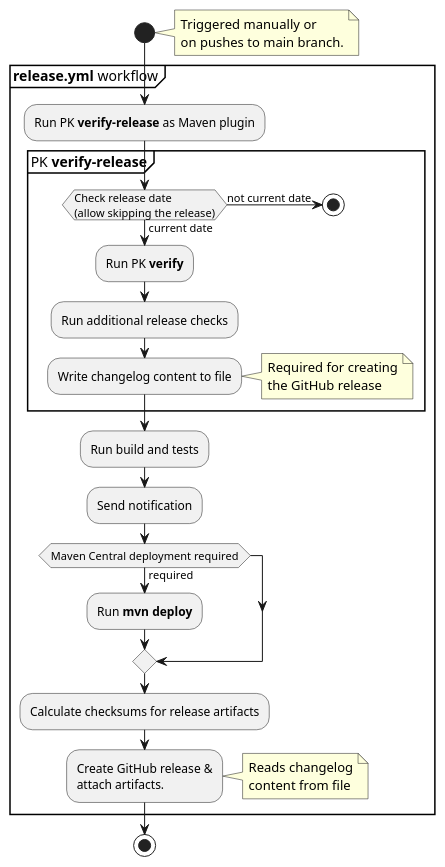
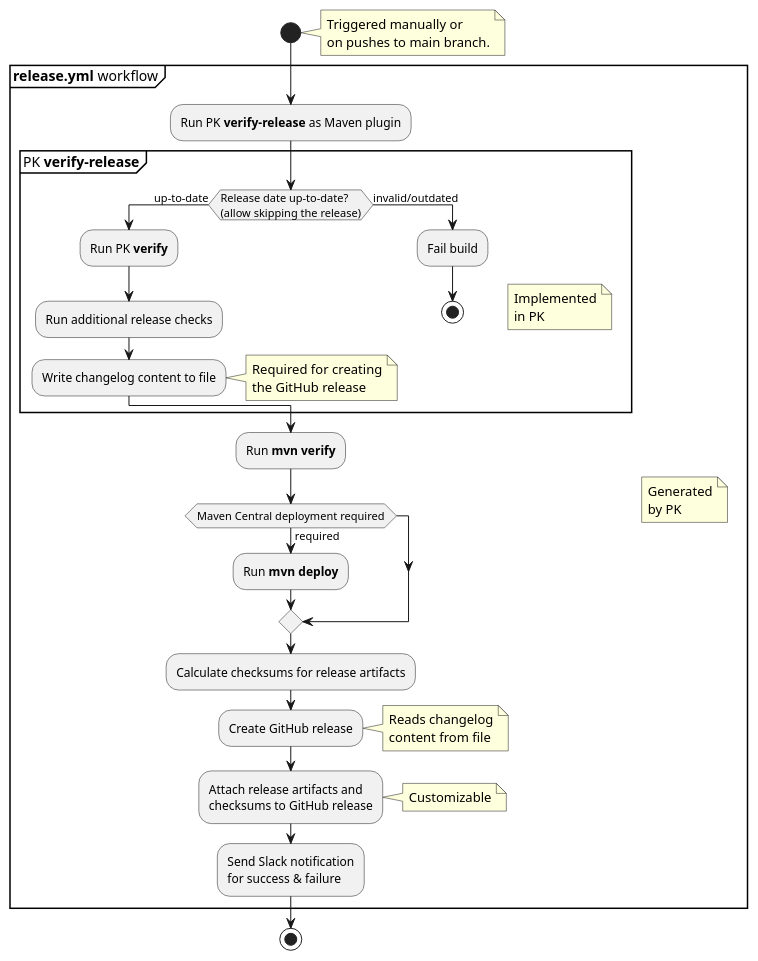
One commit to exasol/project-keeper changed the diagram in doc/images/release_process.plantuml. Above: the diagram before and after it, drawn with PlantUML. The commit also changed 3 other files, not shown here.

Commit message:
Update diagrams

```diff
--- a/doc/images/release_process.plantuml
+++ b/doc/images/release_process.plantuml
@@ -1,37 +1,51 @@
 @startuml release_process
 
 start
 note right
   Triggered manually or
   on pushes to main branch.
 end note
 group **release.yml** workflow
+  note right
+    Generated
+    by PK
+  end note
   :Run PK **verify-release** as Maven plugin;
   group PK **verify-release**
-    if(Check release date\n(allow skipping the release)) then (current date)
+    note right
+      Implemented
+      in PK
+    end note
+    if(Release date up-to-date?\n(allow skipping the release)) then (up-to-date)
       :Run PK **verify**;
       :Run additional release checks;
       :Write changelog content to file;
       note right
         Required for creating
         the GitHub release
       end note
-    else (not current date)
+    else (invalid/outdated)
+      :Fail build;
       stop
     endif
   end group
-  :Run build and tests;
-  :Send notification;
+  :Run **mvn verify**;
   if(Maven Central deployment required) then (required)
     :Run **mvn deploy**;
   endif
   :Calculate checksums for release artifacts;
-  :Create GitHub release &
-  attach artifacts.;
+  :Create GitHub release;
   note right
     Reads changelog
     content from file
   end note
+  :Attach release artifacts and
+  checksums to GitHub release;
+  note right
+    Customizable
+  end note
+  :Send Slack notification
+  for success & failure;
 end group
 stop
 @enduml
```
